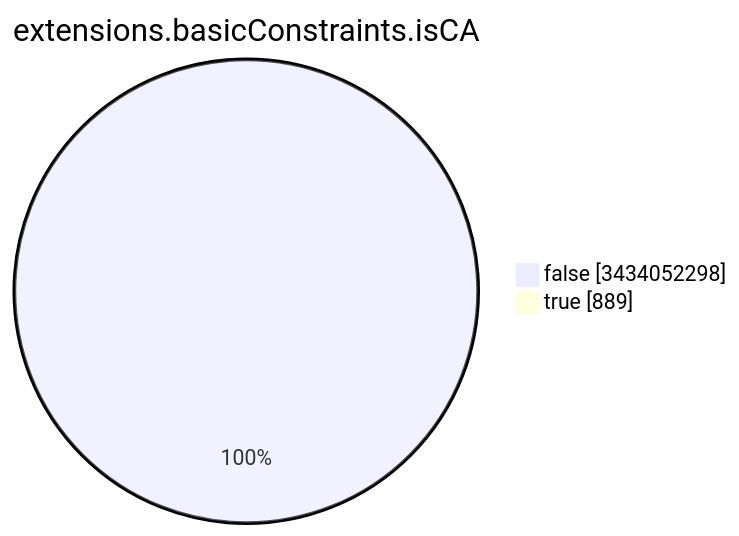
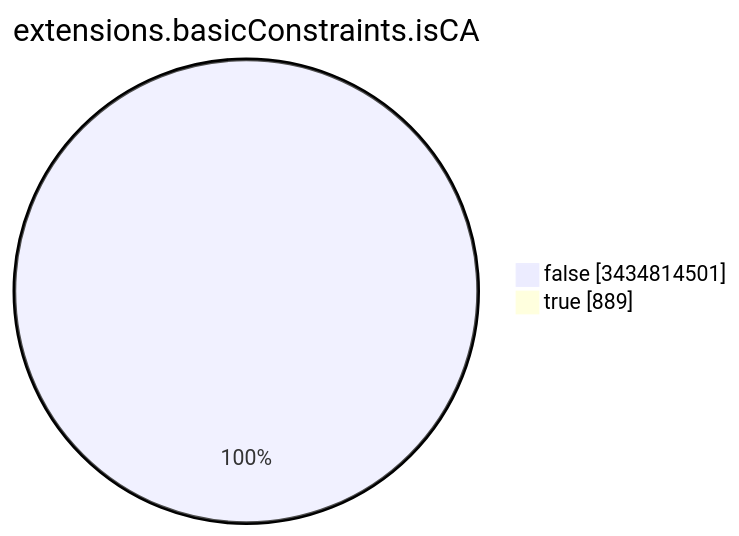
One commit to christiankrug/ctmonitor_visualization changed the seventh of 15 diagrams in TOTAL/README.md. Above: the diagram before and after it, drawn with Mermaid. The commit also changed other lines of this file, not shown here.

````diff
--- a/TOTAL/README.md
+++ b/TOTAL/README.md
@@ -3092,6 +3092,6 @@
 ```mermaid
 pie showData
 title extensions.basicConstraints.isCA
-"false" :3434052298
+"false" :3434814501
 "true" :889
 ```
````
